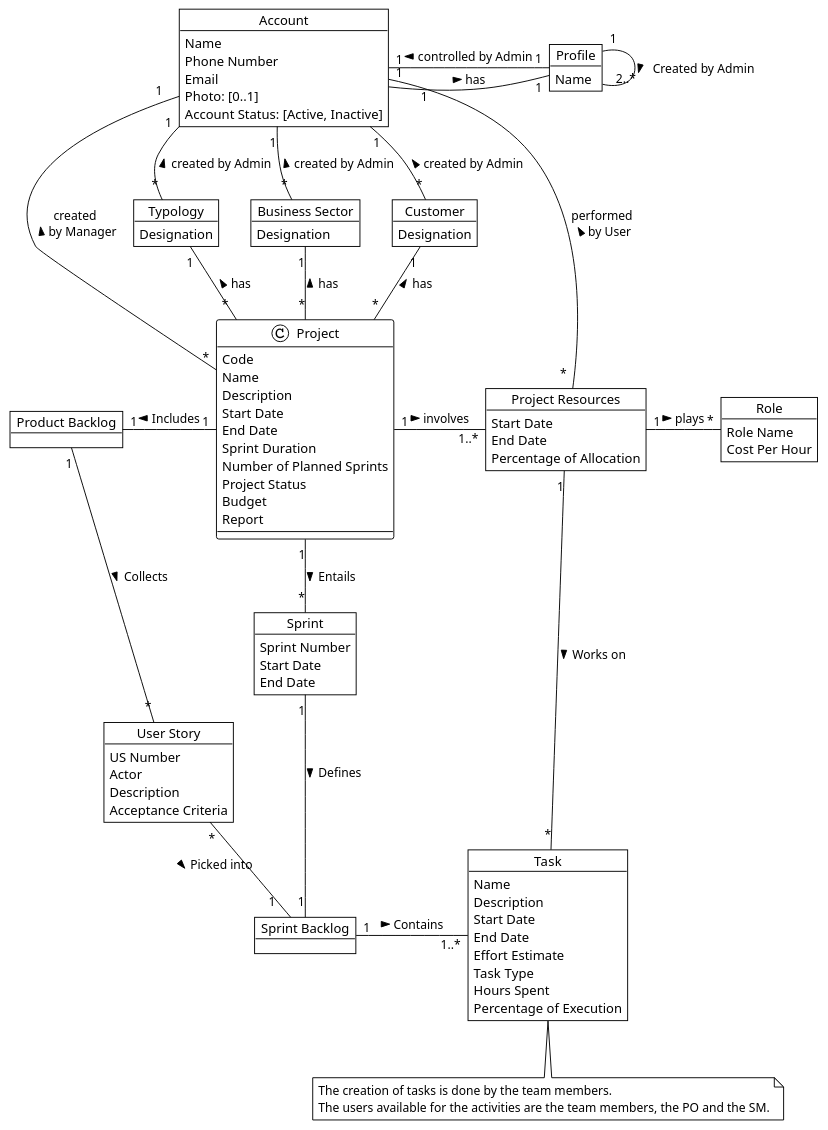
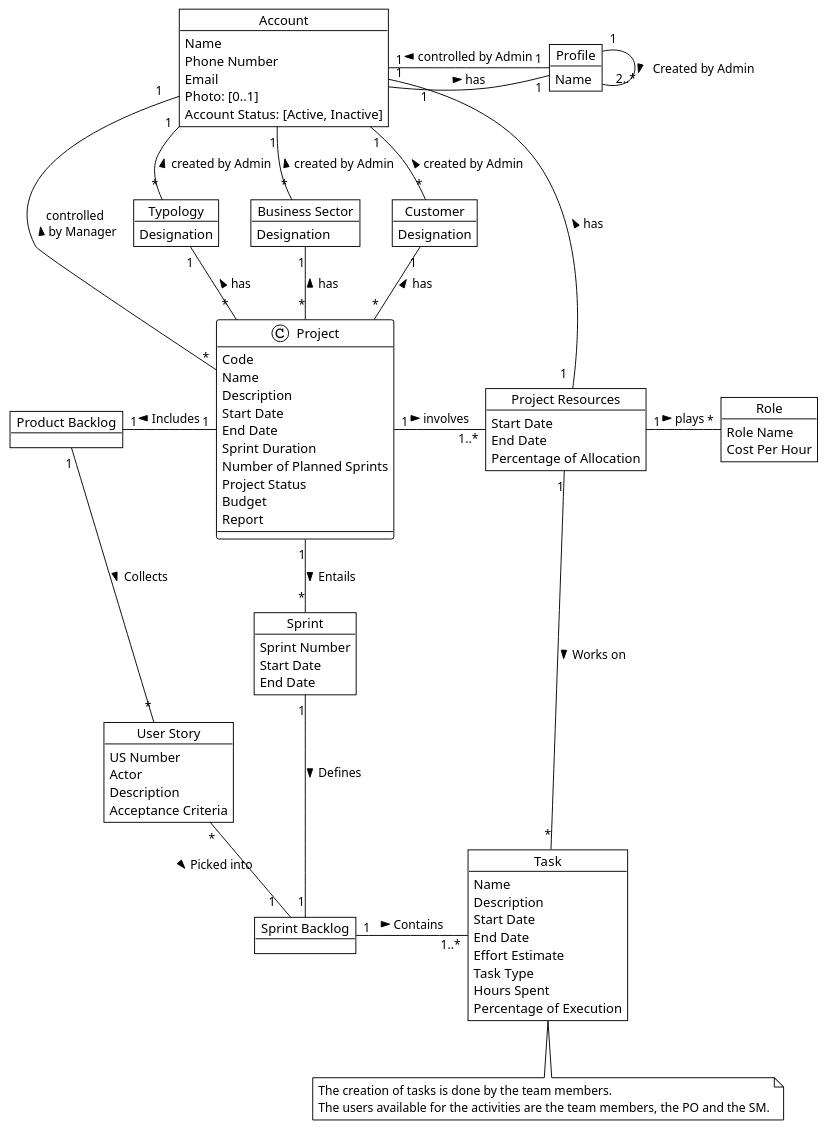
The diagram in docs/modelling_design/domain_model_diagram/domain_model_diagram.puml (ivo-menezes/project_g3), drawn with PlantUML before and after one commit.

Commit message:
Domain Model : Analysis : Update

```diff
--- a/docs/modelling_design/domain_model_diagram/domain_model_diagram.puml
+++ b/docs/modelling_design/domain_model_diagram/domain_model_diagram.puml
@@ -1,142 +1,142 @@
 @startuml
 !theme plain
 
 'skinparam linetype polyline
 
 '--- part relevant to sprint 1
 
 Object Account {
 Name
 Phone Number
 Email
 Photo: [0..1]
 Account Status: [Active, Inactive]
 }
 
 Object Profile {
 Name
 }
 
 Object "Project Resources" as PR {
 Start Date
 End Date
 Percentage of Allocation
 }
 
 'together {
 'Object Administrator
 'Object Manager
 'Object User
 '}
 
 'Account <|-- Administrator
 'Account <|-- Manager
 'Account <|-- User
 Account "        1"-right- "    1" Profile : has >
 Account "1"-- "1" Profile : controlled by Admin <
-Account "1   " -- "*" Project : created \n by Manager <
-Account "1" -right- " *  " PR : performed \n by User <
+Account "1   " --- "*" Project : controlled \n by Manager <
+Account "1" -right- " 1  " PR : has <
 PR "1..*" -left- "1" Project : involves <
 'Profile"1" -- "*"Account : controlled by \n administrator <
 'Profile "1"-- "*"Project : created by Manager <
 'Profile"1" -- "*"User : performed by User <
 
 Object Typology {
 Designation
 }
 
 Account "1" -down-"*" Typology : created by Admin <
 Typology "1" -- "                                   *" Project : has <
 
 Object "Business Sector" as BS {
 Designation
 }
 
 Account "1" -down- "*" BS : created by Admin <
 BS "1" -- "*" Project : has <
 
 Object Customer {
 Designation
 }
 
 Account "1" -down- "*" Customer : created by Admin <
 Customer "1" -- "*" Project : has <
 
 Object Project {
 Code
 Name
 Description
 Start Date
 End Date
 Sprint Duration
 Number of Planned Sprints
 Project Status
 Budget
 ' Report could be its own conceptual class but we are not modelling with detail yet
 Report
 }
 
 ' following the Association Class Role pattern (Fig.11) from "Modeling Roles"
 ' Role attributes does not include Project Code because Larman says to avoid attributes that are like "foreign keys" (p.126)
 Object Role {
 Role Name
 Cost Per Hour
 }
 
 
 ' here "Controls" includes "creates,lists,changes profile, activates, inactivates"
 ' following Larman p.113 to be parsimonious about associations
 'Administrator "1" -up- "*" Account : Controls >
 'Manager "1" -down- "*" Project : Manages >
 'User "1" -down- "*" Role: Performs >
 
 
 
 '--- additional stuff, not much detail for sprint 1
 ' put enduml tag before this comment to shorten diagram
 Object "Product Backlog" as PB
 
 Object "User Story" as US {
 US Number
 Actor
 Description
 Acceptance Criteria
 }
 
 Object Sprint {
 Sprint Number
 Start Date
 End Date
 }
 
 Object "Sprint Backlog" as SB
 
 Object Task {
 Name
 Description
 Start Date
 End Date
 Effort Estimate
 Task Type
 Hours Spent
 Percentage of Execution
 }
 
 
 Profile "1" -down- "  2..*" Profile: Created by Admin >
 Project "1" -down- "*" Sprint: Entails >
 Project "1" -left- "1" PB: Includes >
 PB "1" -down- "*" US: Collects >
 Sprint "1" -down- "1" SB: Defines >
 US "*" -right- "                      1" SB: Picked into >
 
 PR "1" -right- "*" Role : plays >
 SB "1" -right- "   1..*" Task: Contains >
 PR "1" -down- "*" Task: Works on >
 'note on link: The creation of tasks is done by the team members.\nThe users available for the activities are the team members, the PO and the SM.
 
 
 note "The creation of tasks is done by the team members.\nThe users available for the activities are the team members, the PO and the SM." as N1
 Task .down. N1
 
 @enduml
```
